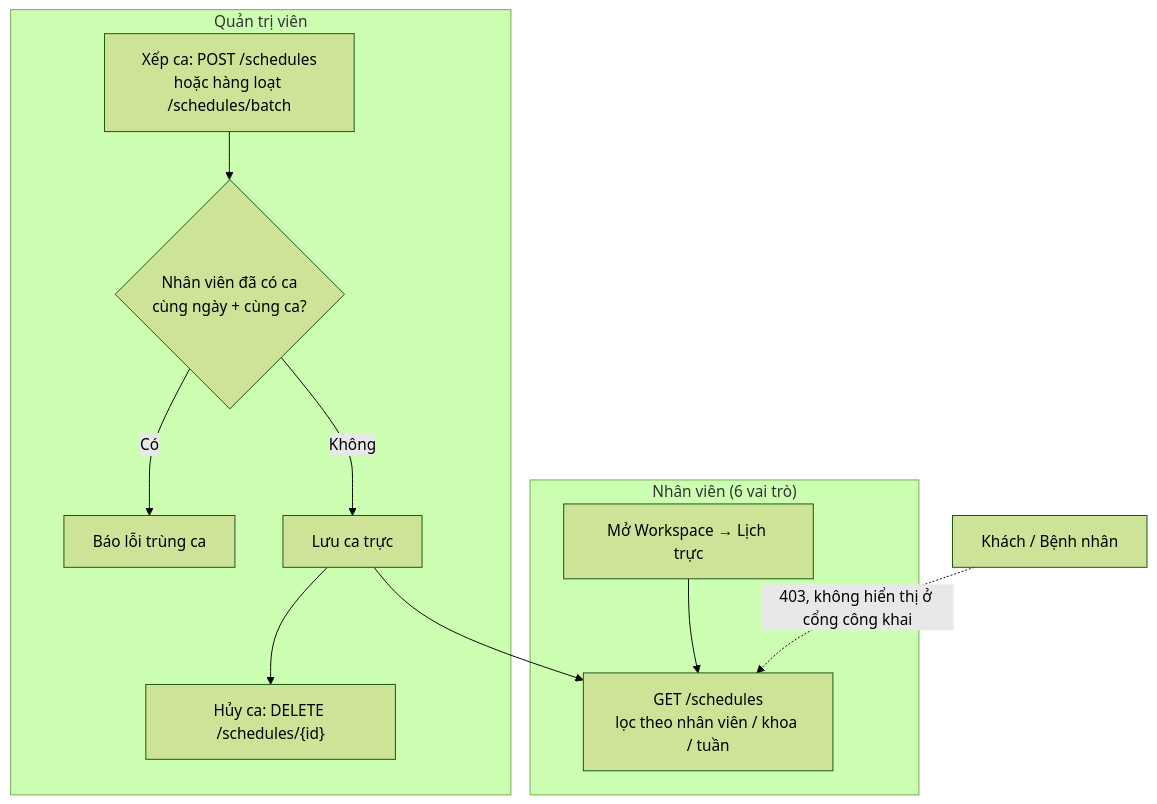
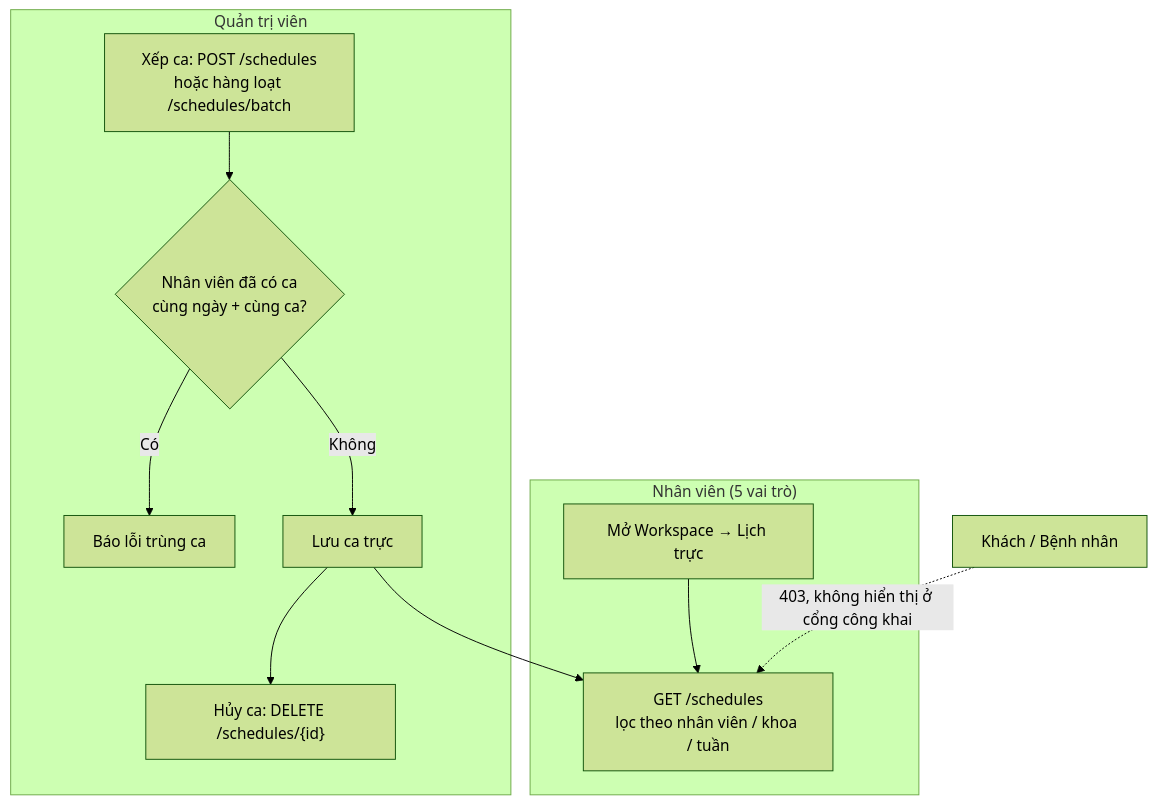
Diagram 12 of 16 in LUONG_HOAT_DONG.md (dinhson-11/MyPhatHospital), drawn with Mermaid (forest theme) before and after one commit. The commit also changed other lines of this file and 134 other files, not shown here.

First line of the commit message:
feat: nâng cấp UI/UX, billing VietQR, bảo mật và hợp nhất vai trò

````diff
--- a/LUONG_HOAT_DONG.md
+++ b/LUONG_HOAT_DONG.md
@@ -363,14 +367,14 @@
 ```mermaid
 flowchart TD
     subgraph QTV["Quản trị viên"]
         A["Xếp ca: POST /schedules<br/>hoặc hàng loạt /schedules/batch"] --> B{"Nhân viên đã có ca<br/>cùng ngày + cùng ca?"}
         B -- Có --> X["Báo lỗi trùng ca"]
         B -- Không --> C["Lưu ca trực"]
         C --> H["Hủy ca: DELETE /schedules/{id}"]
     end
-    subgraph NV["Nhân viên (6 vai trò)"]
+    subgraph NV["Nhân viên (5 vai trò)"]
         D["Mở Workspace → Lịch trực"] --> E["GET /schedules<br/>lọc theo nhân viên / khoa / tuần"]
     end
     C --> E
     G["Khách / Bệnh nhân"] -. "403, không hiển thị ở cổng công khai" .-> E
 ```
````
